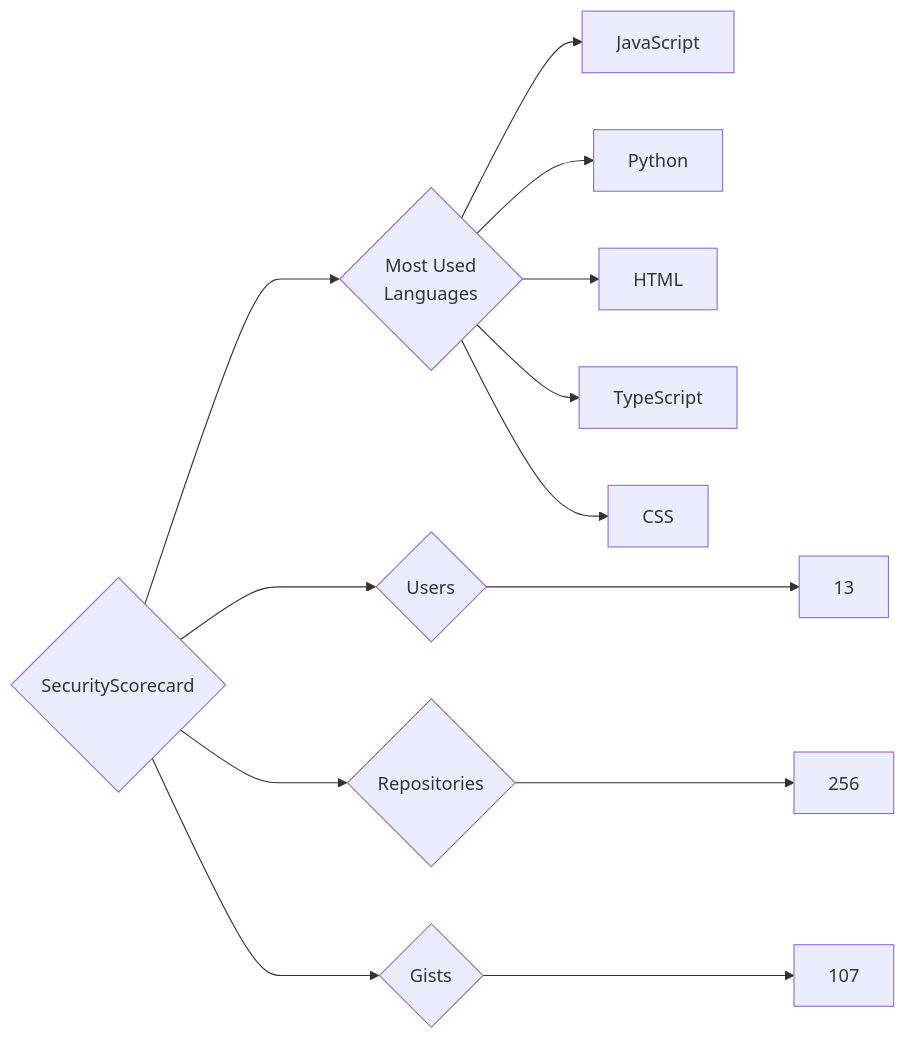
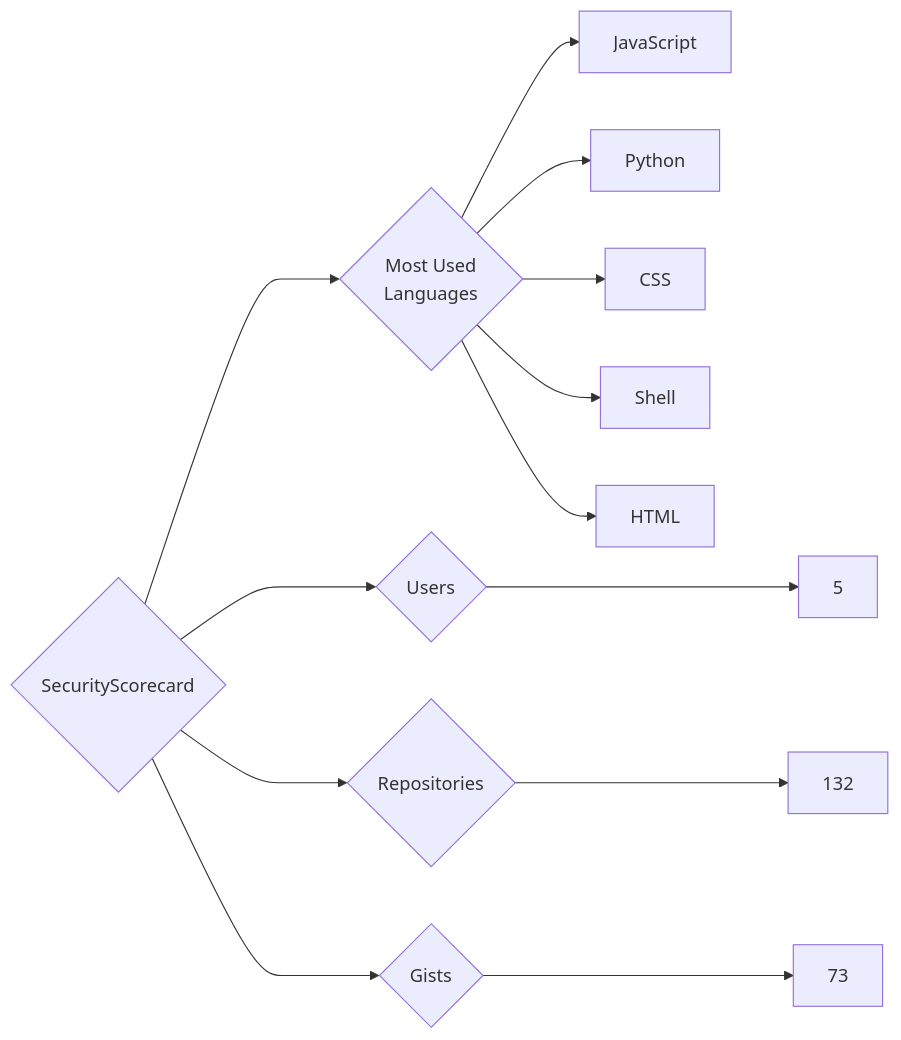
One commit to trickest/insiders changed the diagram in targets/SecurityScorecard/README.md. Above: the diagram before and after it, drawn with Mermaid. The commit also changed 973 other files, not shown here.

````diff
--- a/targets/SecurityScorecard/README.md
+++ b/targets/SecurityScorecard/README.md
@@ -3,13 +3,13 @@
 ```mermaid
 graph LR
 COMPANY_NAME{SecurityScorecard}
-COMPANY_NAME ---> U{Users} ---> UN[13]
-COMPANY_NAME ---> R{Repositories} ---> RN[256]
-COMPANY_NAME ---> G{Gists} ---> GN[107]
+COMPANY_NAME ---> U{Users} ---> UN[5]
+COMPANY_NAME ---> R{Repositories} ---> RN[132]
+COMPANY_NAME ---> G{Gists} ---> GN[73]
 COMPANY_NAME ---> ML{Most Used<br>Languages}
 ML --> JavaScript[JavaScript]
 ML --> Python[Python]
+ML --> CSS[CSS]
+ML --> Shell[Shell]
 ML --> HTML[HTML]
-ML --> TypeScript[TypeScript]
-ML --> CSS[CSS]
 ```
````
